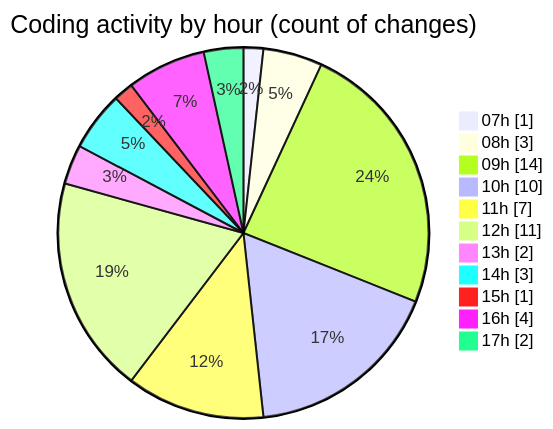
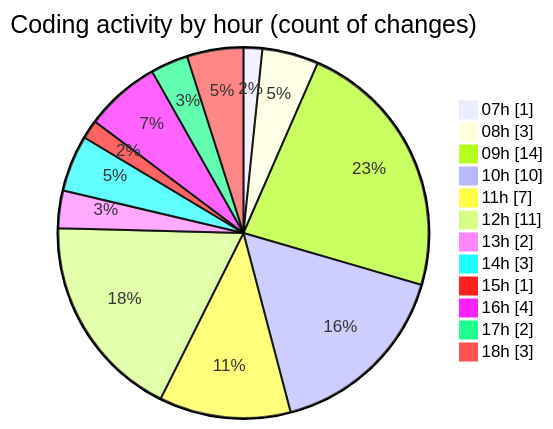
The second of 2 diagrams in 2026-02-02/singularitybrainai/README.md (tmsrecording-cyber/code-tracking), drawn with Mermaid before and after one commit. The commit also changed other lines of this file and 1 other file, not shown here.

````diff
--- a/2026-02-02/singularitybrainai/README.md
+++ b/2026-02-02/singularitybrainai/README.md
@@ -41,15 +41,16 @@
 ```mermaid
 pie showData
 title Coding activity by hour (count of changes)
 "07h" : 1
 "08h" : 3
 "09h" : 14
 "10h" : 10
 "11h" : 7
 "12h" : 11
 "13h" : 2
 "14h" : 3
 "15h" : 1
 "16h" : 4
 "17h" : 2
+"18h" : 3
 ```
````
